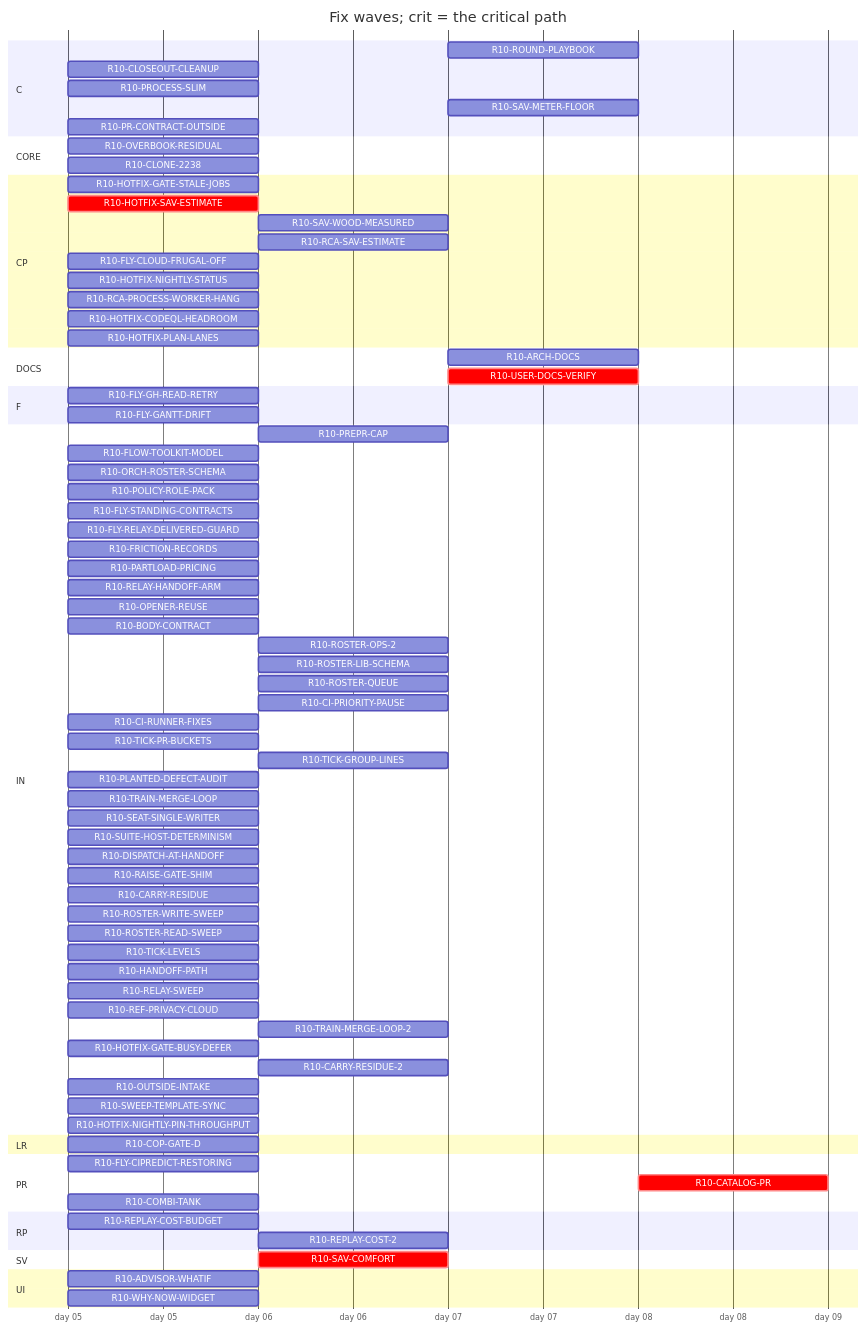
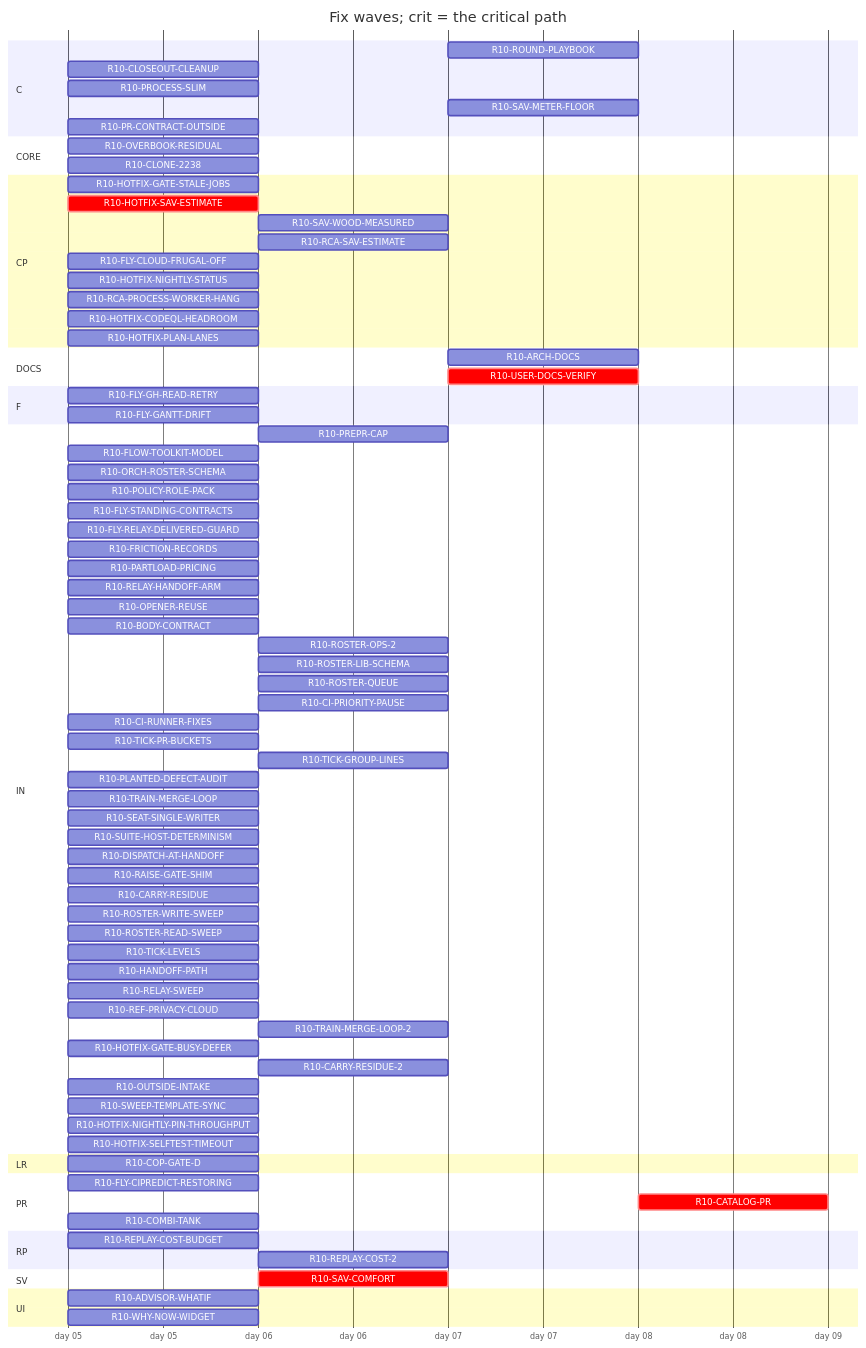
One commit to tvofi/heatpump_optimizer changed the diagram in handoff/round10/state/PLAN-TABLE.md. Above: the diagram before and after it, drawn with Mermaid. The commit also changed other lines of this file and 4 other files, not shown here.

Commit message:
state: FLOW-BOARD.md, NEXT-SESSION-PROMPT.md, PLAN-TABLE.md, PLAN.html, RESUME-CURRENT.md regenerated (state_docs.py)

```diff
--- a/handoff/round10/state/PLAN-TABLE.md
+++ b/handoff/round10/state/PLAN-TABLE.md
@@ -89,6 +89,7 @@
     R10-OUTSIDE-INTAKE :r10OUTSIDEINTAKE, 2026-01-05, 1d
     R10-SWEEP-TEMPLATE-SYNC :r10SWEEPTEMPLATESYNC, 2026-01-05, 1d
     R10-HOTFIX-NIGHTLY-PIN-THROUGHPUT :r10HOTFIXNIGHTLYPINTHROUGHPUT, 2026-01-05, 1d
+    R10-HOTFIX-SELFTEST-TIMEOUT :r10HOTFIXSELFTESTTIMEOUT, 2026-01-05, 1d
   section LR
     R10-COP-GATE-D :r10COPGATED, 2026-01-05, 1d
   section PR
```
